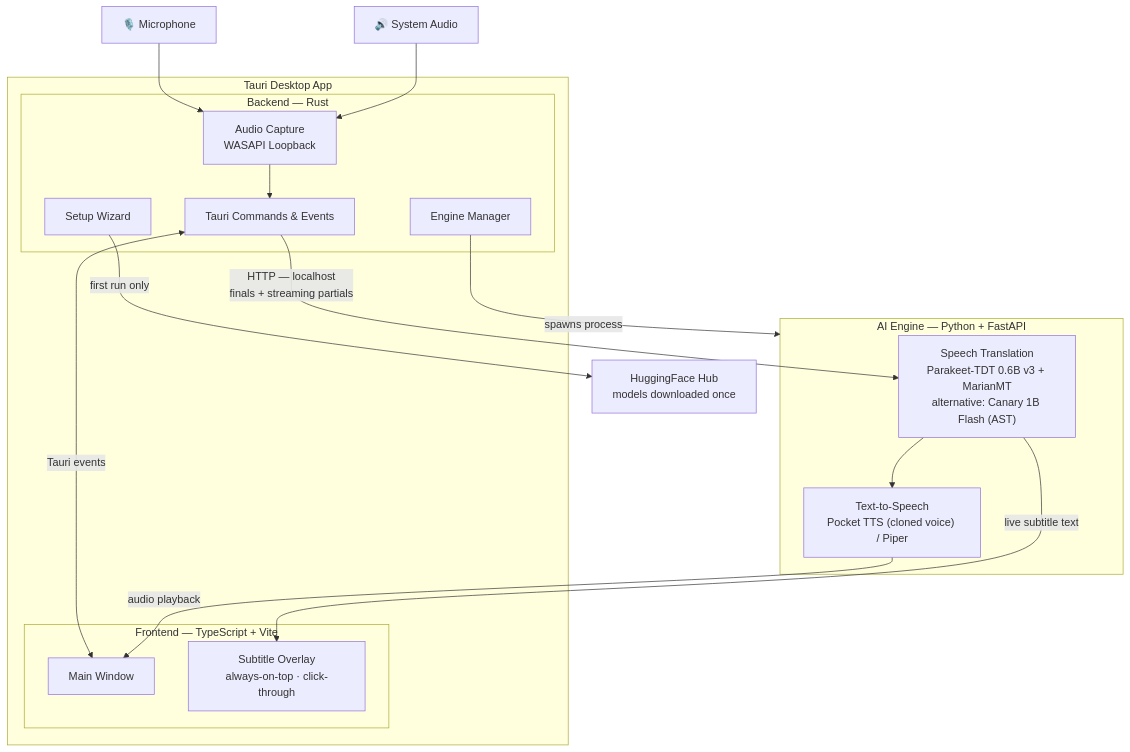
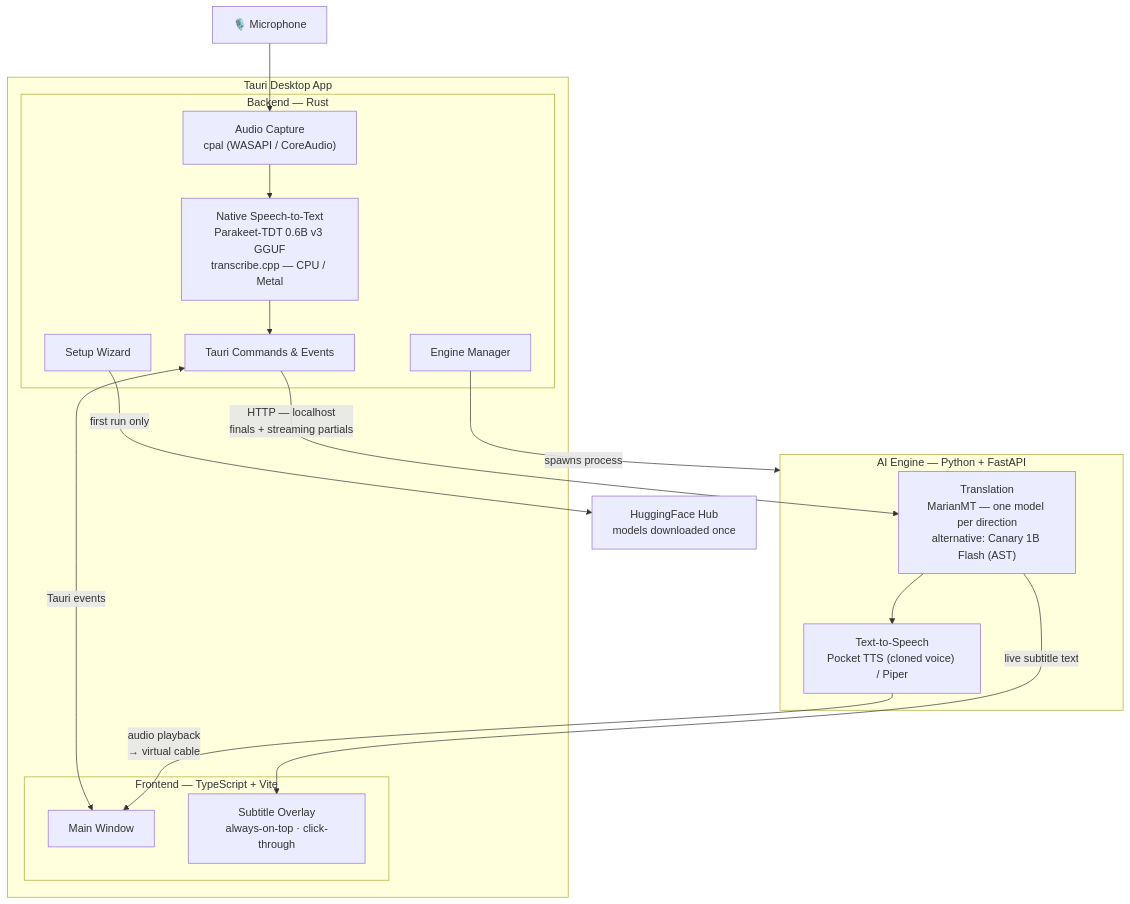
Before and after one commit to NBS282/LiveTranslate: the second of 2 diagrams in README.md, drawn with Mermaid. The commit also changed other lines of this file, not shown here.

````diff
--- a/README.md
+++ b/README.md
@@ -151,31 +155,32 @@
 ```mermaid
 graph TD
     subgraph app["Tauri Desktop App"]
         subgraph frontend["Frontend — TypeScript + Vite"]
             MW["Main Window"]
             OW["Subtitle Overlay\nalways-on-top · click-through"]
         end
         subgraph rust["Backend — Rust"]
-            AUDIO["Audio Capture\nWASAPI Loopback"]
+            AUDIO["Audio Capture\ncpal (WASAPI / CoreAudio)"]
+            STT["Native Speech-to-Text\nParakeet-TDT 0.6B v3 GGUF\ntranscribe.cpp — CPU / Metal"]
             SETUP["Setup Wizard"]
             ENGINE_MGR["Engine Manager"]
             CMDS["Tauri Commands & Events"]
         end
     end
 
     subgraph engine["AI Engine — Python + FastAPI"]
-        AST["Speech Translation\nParakeet-TDT 0.6B v3 + MarianMT\nalternative: Canary 1B Flash (AST)"]
+        MT["Translation\nMarianMT — one model per direction\nalternative: Canary 1B Flash (AST)"]
         TTS["Text-to-Speech\nPocket TTS (cloned voice) / Piper"]
     end
 
     MIC["🎙️ Microphone"] --> AUDIO
-    SYSAUDIO["🔊 System Audio"] --> AUDIO
-    AUDIO --> CMDS
+    AUDIO --> STT
+    STT --> CMDS
     CMDS <-->|"Tauri events"| MW
     ENGINE_MGR -->|"spawns process"| engine
-    CMDS -->|"HTTP — localhost\nfinals + streaming partials"| AST
-    AST -->|"live subtitle text"| OW
-    AST --> TTS
-    TTS -->|"audio playback"| MW
+    CMDS -->|"HTTP — localhost\nfinals + streaming partials"| MT
+    MT -->|"live subtitle text"| OW
+    MT --> TTS
+    TTS -->|"audio playback\n→ virtual cable"| MW
     SETUP -->|"first run only"| HF["HuggingFace Hub\nmodels downloaded once"]
 ```
````
